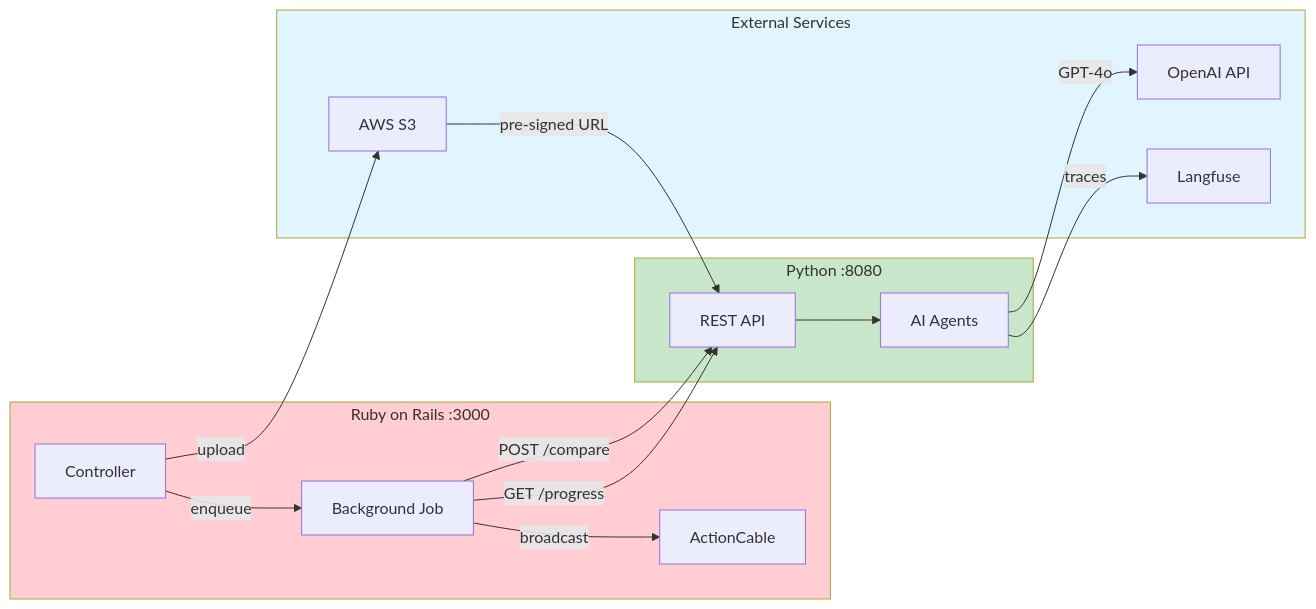
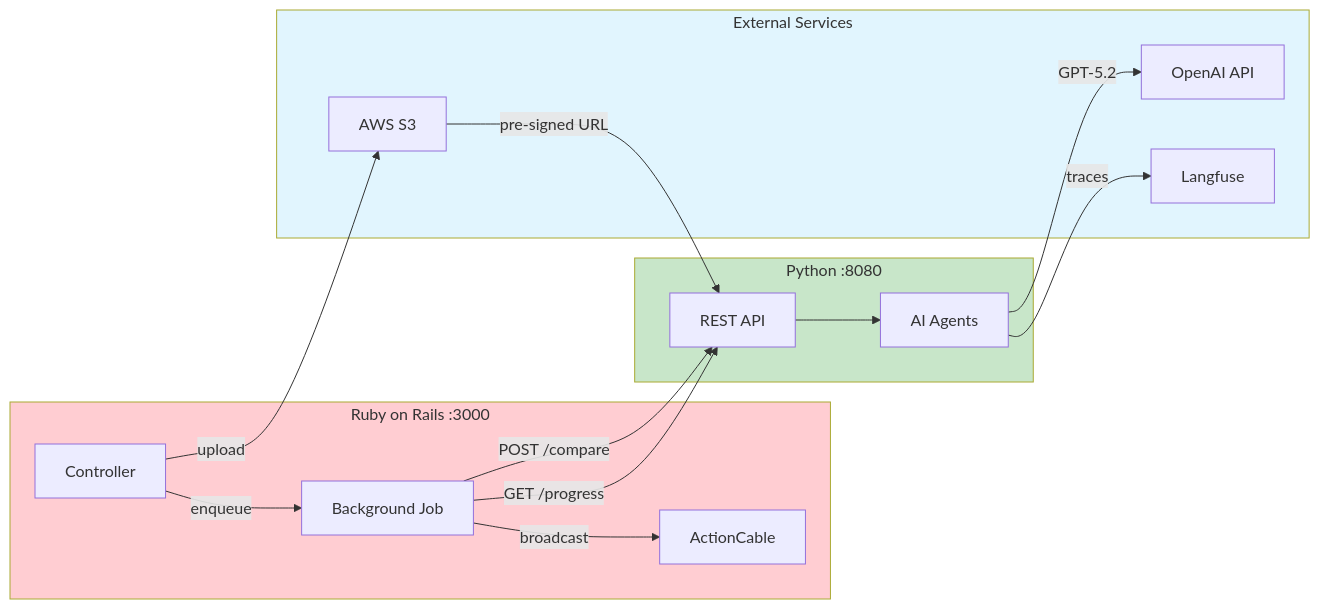
The second of 3 diagrams in README.md (luizcg/henry-task-04), drawn with Mermaid before and after one commit. The commit also changed other lines of this file and 1 other file, not shown here.

Commit message:
docs: update model references from GPT-4o to GPT-5.2

````diff
--- a/README.md
+++ b/README.md
@@ -97,33 +97,33 @@
 ```mermaid
 flowchart LR
     subgraph Frontend["Ruby on Rails :3000"]
         Controller["Controller"]
         Job["Background Job"]
         Cable["ActionCable"]
     end
 
     subgraph Backend["Python :8080"]
         API["REST API"]
         Agents["AI Agents"]
     end
 
     subgraph External["External Services"]
         S3["AWS S3"]
         OpenAI["OpenAI API"]
         LF["Langfuse"]
     end
 
     Controller -->|"upload"| S3
     Controller -->|"enqueue"| Job
     Job -->|"POST /compare"| API
     Job -->|"GET /progress"| API
     API --> Agents
-    Agents -->|"GPT-4o"| OpenAI
+    Agents -->|"GPT-5.2"| OpenAI
     Agents -->|"traces"| LF
     Job -->|"broadcast"| Cable
     S3 -->|"pre-signed URL"| API
 
     style Frontend fill:#ffcdd2
     style Backend fill:#c8e6c9
     style External fill:#e1f5fe
 ```
````
